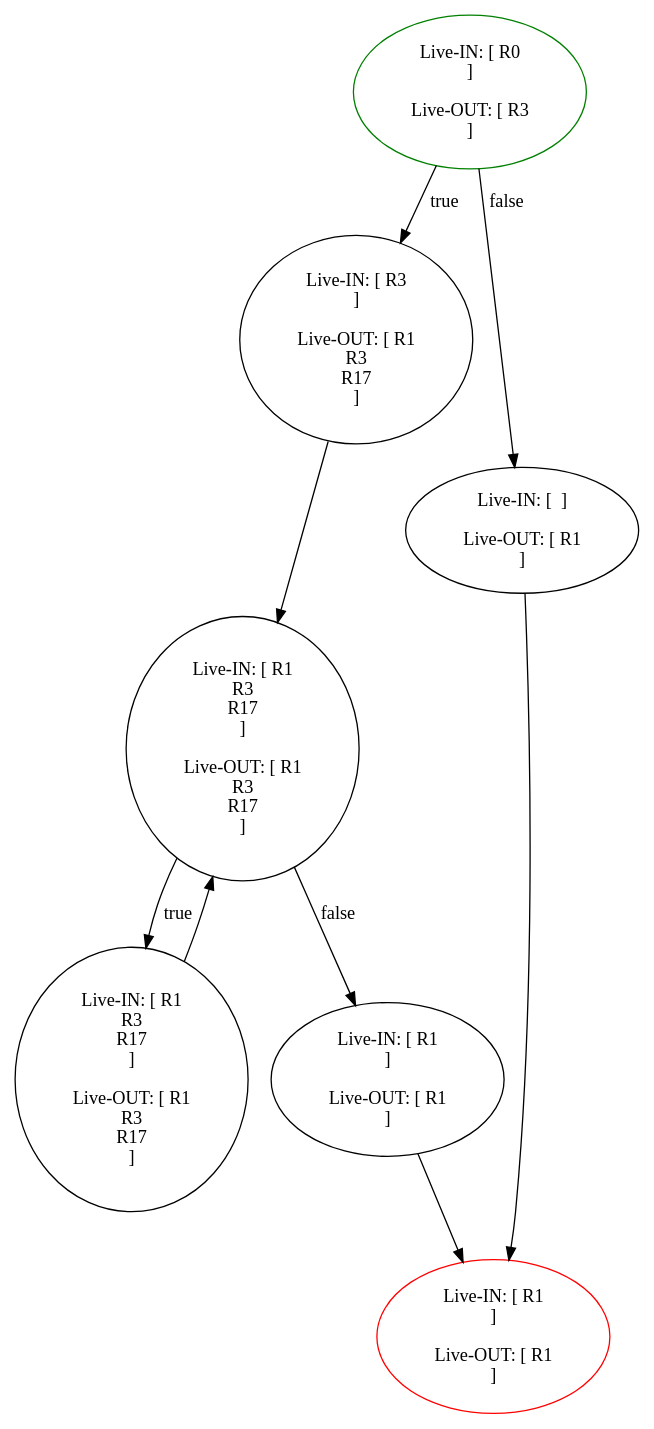
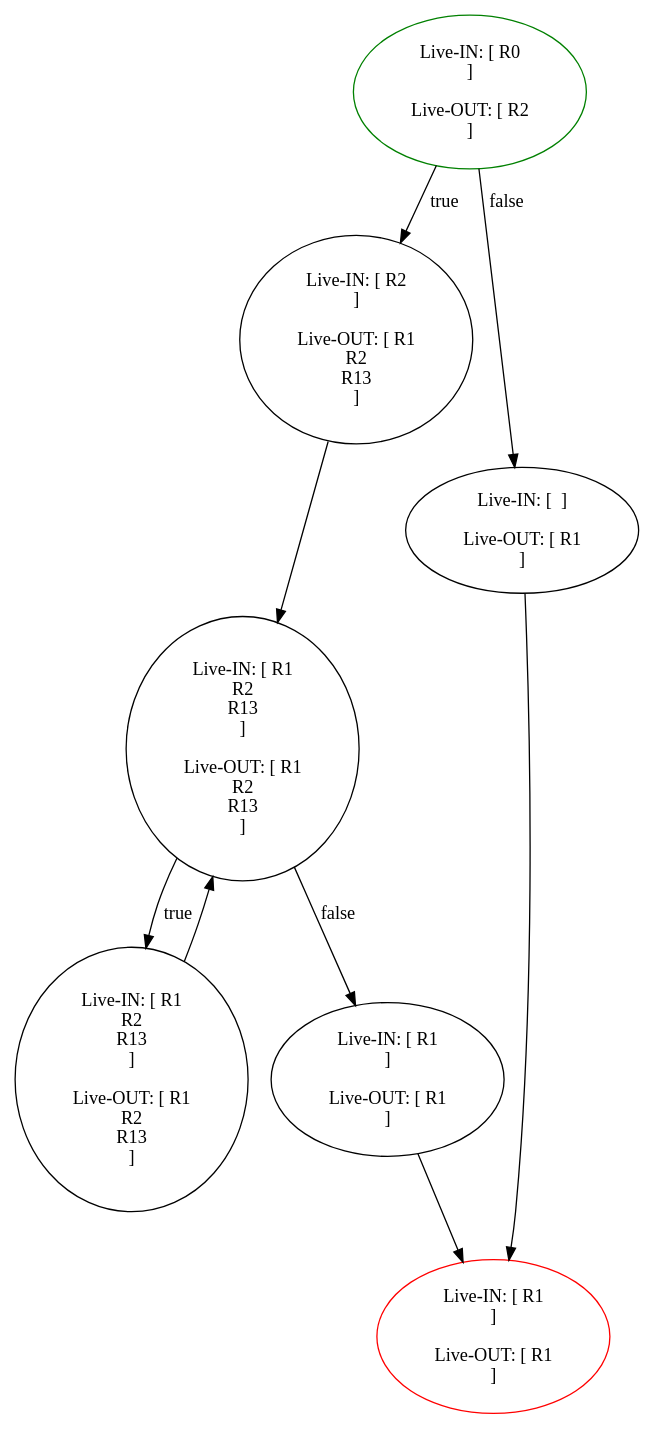
Before and after one commit to wuacs/unipi-lci: the diagram in project/PF5/cfg/dot/fibonacci-liveness.dot, drawn with Graphviz. The commit also changed 8 other files, not shown here.

```diff
--- a/project/PF5/cfg/dot/fibonacci-liveness.dot
+++ b/project/PF5/cfg/dot/fibonacci-liveness.dot
@@ -1,26 +1,26 @@
 digraph G {
   // Entry node
   0 [shape=ellipse, color=green];
   // Exit node
   6 [shape=ellipse, color=red];
   0 [label="Live-IN: [ R0\n ]
-    \n Live-OUT: [ R3\n ]"];
-  1 [label="Live-IN: [ R3\n ]
-    \n Live-OUT: [ R1\nR3\nR17\n ]"];
-  2 [label="Live-IN: [ R1\nR3\nR17\n ]
-    \n Live-OUT: [ R1\nR3\nR17\n ]"];
-  3 [label="Live-IN: [ R1\nR3\nR17\n ]
-    \n Live-OUT: [ R1\nR3\nR17\n ]"];
+    \n Live-OUT: [ R2\n ]"];
+  1 [label="Live-IN: [ R2\n ]
+    \n Live-OUT: [ R1\nR2\nR13\n ]"];
+  2 [label="Live-IN: [ R1\nR2\nR13\n ]
+    \n Live-OUT: [ R1\nR2\nR13\n ]"];
+  3 [label="Live-IN: [ R1\nR2\nR13\n ]
+    \n Live-OUT: [ R1\nR2\nR13\n ]"];
   4 [label="Live-IN: [ R1\n ]
     \n Live-OUT: [ R1\n ]"];
   5 [label="Live-IN: [  ]
     \n Live-OUT: [ R1\n ]"];
   6 [label="Live-IN: [ R1\n ]
     \n Live-OUT: [ R1\n ]"];
 0 -> 1 [label="true"];
 0 -> 5 [label="false"];1 -> 2;
 2 -> 3 [label="true"];
 2 -> 4 [label="false"];3 -> 2;
 4 -> 6;
 5 -> 6;
 }
```
